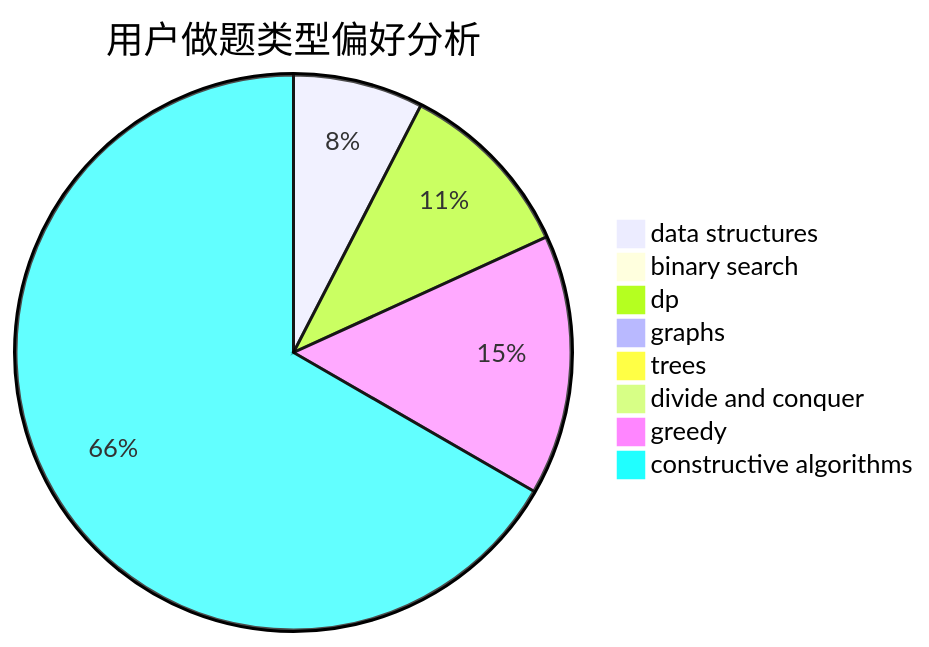
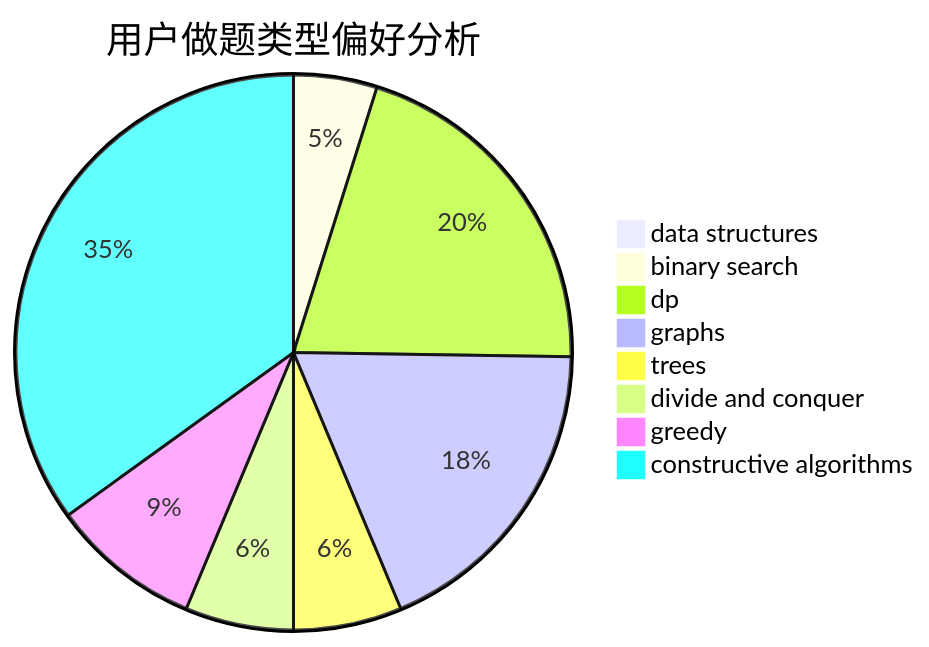
One commit to sherpahu/cfrs.github.io changed the second of 3 diagrams in docs/user/u608.md. Above: the diagram before and after it, drawn with Mermaid. The commit also changed other lines of this file and 2770 other files, not shown here.

````diff
--- a/docs/user/u608.md
+++ b/docs/user/u608.md
@@ -23,11 +23,11 @@
 ```mermaid
 pie title 用户做题类型偏好分析
-    "data structures" :  10
-    "binary search" :  0
-    "dp" :  14
-    "graphs" :  0
-    "trees" :  1
-    "divide and conquer" :  0
-    "greedy" :  20
-    "constructive algorithms" :  88
+    "data structures" :  0
+    "binary search" :  10
+    "dp" :  42
+    "graphs" :  38
+    "trees" :  13
+    "divide and conquer" :  13
+    "greedy" :  18
+    "constructive algorithms" :  72
 ```
````
